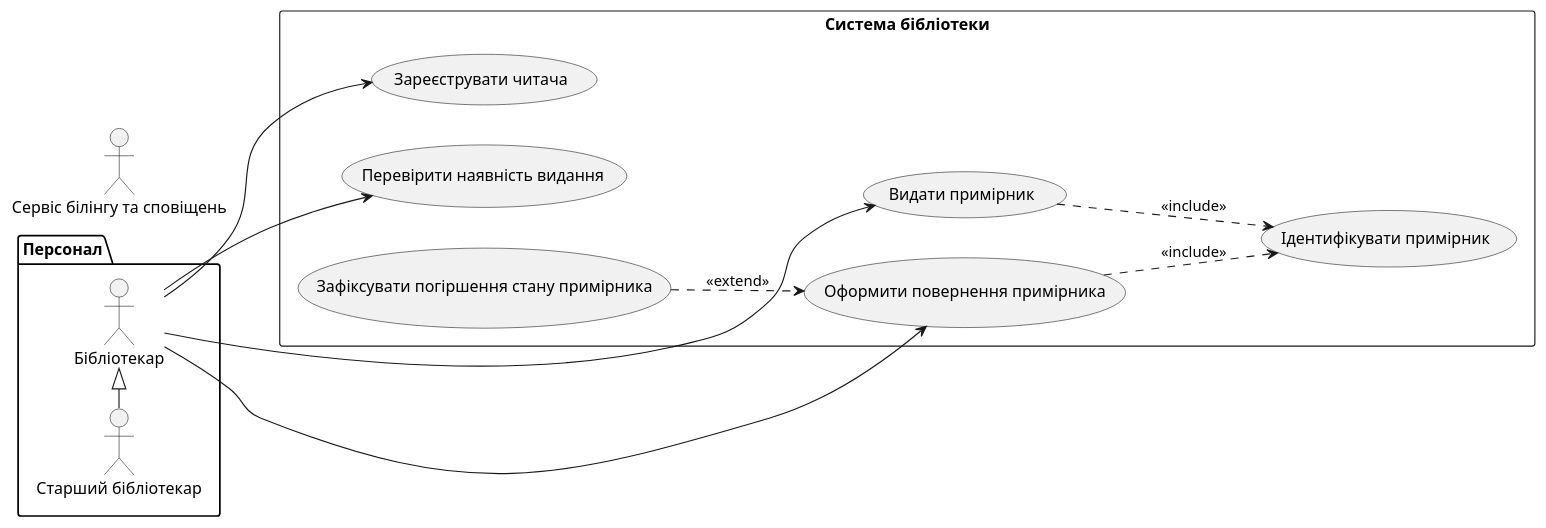
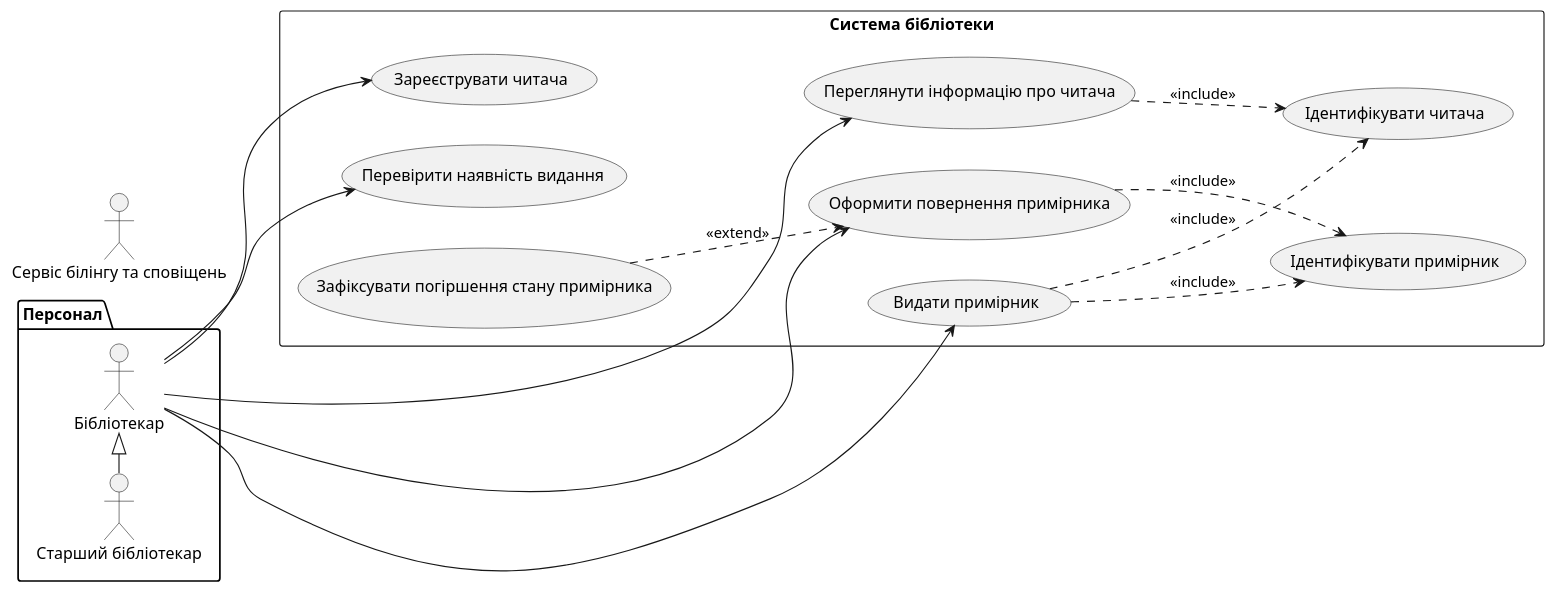
The diagram in lab2/diagrams/use-case.puml (matveivadimovih-cell/mavpzlabs), drawn with PlantUML before and after one commit.

Commit message:
fix(use-case): виправити опис та найменування use-case

```diff
--- a/lab2/diagrams/use-case.puml
+++ b/lab2/diagrams/use-case.puml
@@ -1,31 +1,36 @@
 @startuml
 left to right direction
 
 package "Персонал"{
     actor "Бібліотекар" as lib
     actor "Старший бібліотекар" as sLib 
 }
 
 actor "Сервіс білінгу та сповіщень" as bil
 
 sLib -|> lib 
 
 rectangle "Система бібліотеки"{
     usecase "Зареєструвати читача" as UCRegister
     usecase "Ідентифікувати примірник" as UCIdentifyCopy
+    usecase "Ідентифікувати читача" as UCIdentifyReader
+    usecase "Переглянути інформацію про читача" as UCViewReaderInfo
     usecase "Перевірити наявність видання" as UCFindPublication
     usecase "Видати примірник" as UCIssue
-    usecase "Оформити повернення примірника" as UCTake
+    usecase "Оформити повернення примірника" as UCReturn
     usecase "Зафіксувати погіршення стану примірника" as UCRecord
 }
 
 lib --> UCIssue
-lib --> UCTake
+lib --> UCReturn
 lib --> UCFindPublication
 lib --> UCRegister
+lib --> UCViewReaderInfo
 
-UCRecord ..> UCTake : <<extend>>
+UCRecord ..> UCReturn : <<extend>>
+UCIssue ..> UCIdentifyReader : <<include>>
+UCViewReaderInfo ..> UCIdentifyReader : <<include>>
 UCIssue ..> UCIdentifyCopy : <<include>>
-UCTake ..> UCIdentifyCopy : <<include>>
+UCReturn ..> UCIdentifyCopy : <<include>>
 
 @enduml
```
